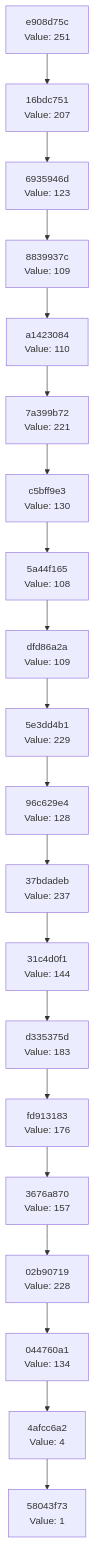
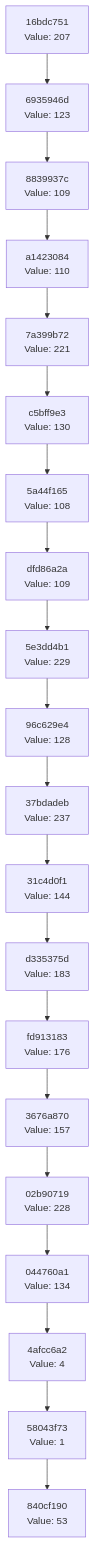
Before and after one commit to Abhisheksinha1506/hash-chain-evolver: the diagram in docs/CHAIN_VISUALIZATION.md, drawn with Mermaid. The commit also changed 2 other files, not shown here.

Commit message:
Evolution step: hash 0x35 → action executed

````diff
--- a/docs/CHAIN_VISUALIZATION.md
+++ b/docs/CHAIN_VISUALIZATION.md
@@ -3,42 +3,42 @@
 ```mermaid
 graph TD
-    C0["58043f73<br/>Value: 1"]
-    C1["4afcc6a2<br/>Value: 4"]
+    C0["840cf190<br/>Value: 53"]
+    C1["58043f73<br/>Value: 1"]
     C1 --> C0
-    C2["044760a1<br/>Value: 134"]
+    C2["4afcc6a2<br/>Value: 4"]
     C2 --> C1
-    C3["02b90719<br/>Value: 228"]
+    C3["044760a1<br/>Value: 134"]
     C3 --> C2
-    C4["3676a870<br/>Value: 157"]
+    C4["02b90719<br/>Value: 228"]
     C4 --> C3
-    C5["fd913183<br/>Value: 176"]
+    C5["3676a870<br/>Value: 157"]
     C5 --> C4
-    C6["d335375d<br/>Value: 183"]
+    C6["fd913183<br/>Value: 176"]
     C6 --> C5
-    C7["31c4d0f1<br/>Value: 144"]
+    C7["d335375d<br/>Value: 183"]
     C7 --> C6
-    C8["37bdadeb<br/>Value: 237"]
+    C8["31c4d0f1<br/>Value: 144"]
     C8 --> C7
-    C9["96c629e4<br/>Value: 128"]
+    C9["37bdadeb<br/>Value: 237"]
     C9 --> C8
-    C10["5e3dd4b1<br/>Value: 229"]
+    C10["96c629e4<br/>Value: 128"]
     C10 --> C9
-    C11["dfd86a2a<br/>Value: 109"]
+    C11["5e3dd4b1<br/>Value: 229"]
     C11 --> C10
-    C12["5a44f165<br/>Value: 108"]
+    C12["dfd86a2a<br/>Value: 109"]
     C12 --> C11
-    C13["c5bff9e3<br/>Value: 130"]
+    C13["5a44f165<br/>Value: 108"]
     C13 --> C12
-    C14["7a399b72<br/>Value: 221"]
+    C14["c5bff9e3<br/>Value: 130"]
     C14 --> C13
-    C15["a1423084<br/>Value: 110"]
+    C15["7a399b72<br/>Value: 221"]
     C15 --> C14
-    C16["8839937c<br/>Value: 109"]
+    C16["a1423084<br/>Value: 110"]
     C16 --> C15
-    C17["6935946d<br/>Value: 123"]
+    C17["8839937c<br/>Value: 109"]
     C17 --> C16
-    C18["16bdc751<br/>Value: 207"]
+    C18["6935946d<br/>Value: 123"]
     C18 --> C17
-    C19["e908d75c<br/>Value: 251"]
+    C19["16bdc751<br/>Value: 207"]
     C19 --> C18
 ```
````
